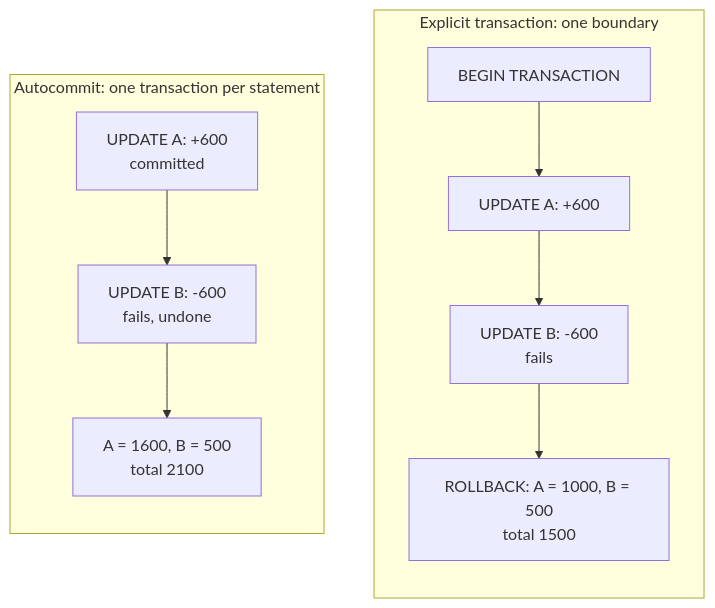
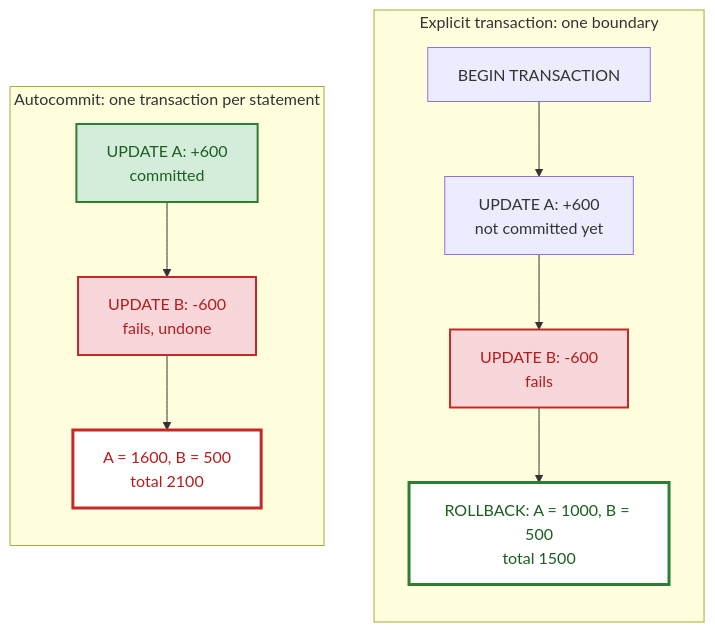
One commit to tjovic/database-design-labs-public changed the first of 9 diagrams in labs/lab09-transactions.md. Above: the diagram before and after it, drawn with Mermaid. The commit also changed other lines of this file, not shown here.

````diff
--- a/labs/lab09-transactions.md
+++ b/labs/lab09-transactions.md
@@ -174,15 +174,24 @@
 ```mermaid
 flowchart LR
     subgraph AUTO["Autocommit: one transaction per statement"]
         direction TB
         A1["UPDATE A: +600<br/>committed"] --> A2["UPDATE B: -600<br/>fails, undone"]
         A2 --> A3["A = 1600, B = 500<br/>total 2100"]
     end
     subgraph EXPL["Explicit transaction: one boundary"]
         direction TB
-        E1["BEGIN TRANSACTION"] --> E2["UPDATE A: +600"]
+        E1["BEGIN TRANSACTION"] --> E2["UPDATE A: +600<br/>not committed yet"]
         E2 --> E3["UPDATE B: -600<br/>fails"]
         E3 --> E4["ROLLBACK: A = 1000, B = 500<br/>total 1500"]
     end
     AUTO ~~~ EXPL
+
+    classDef committed fill:#d4edda,stroke:#2e7d32,stroke-width:2px,color:#1b5e20
+    classDef failed fill:#f8d7da,stroke:#c62828,stroke-width:2px,color:#b71c1c
+    classDef wrong fill:#ffffff,stroke:#c62828,stroke-width:3px,color:#b71c1c
+    classDef right fill:#ffffff,stroke:#2e7d32,stroke-width:3px,color:#1b5e20
+    class A1 committed
+    class A2,E3 failed
+    class A3 wrong
+    class E4 right
 ```
````
